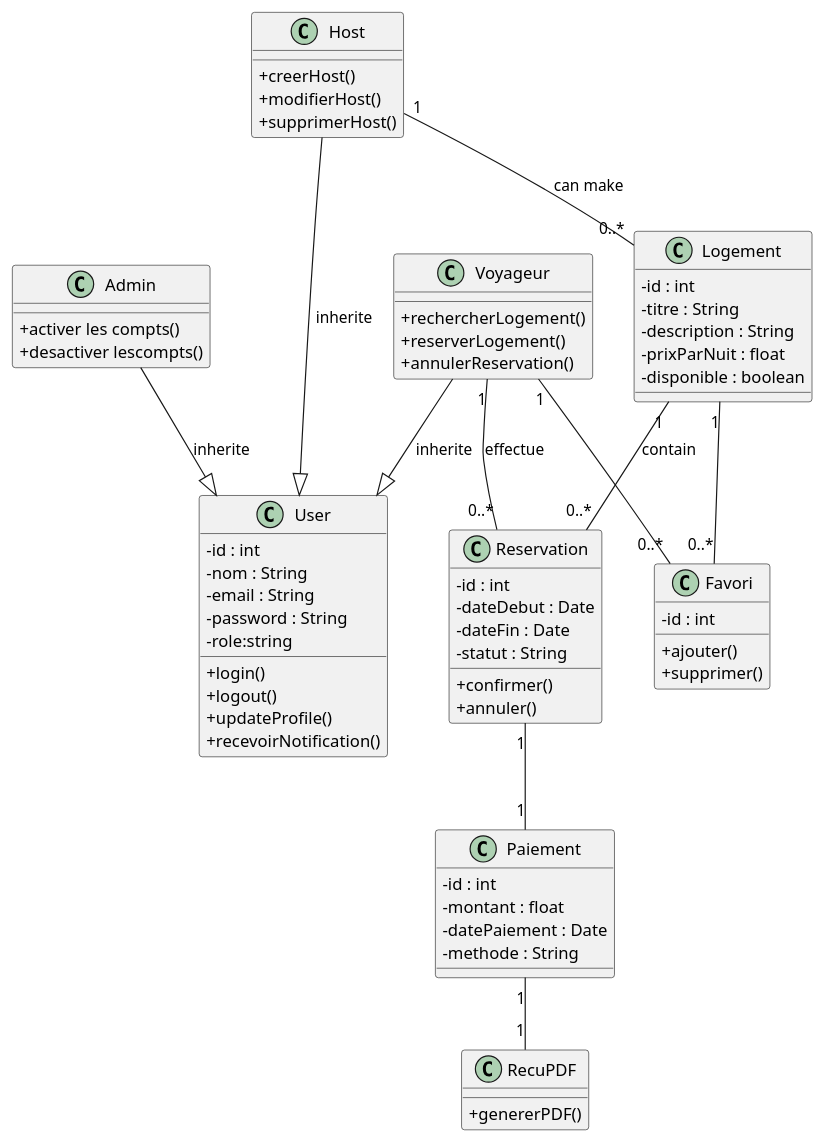
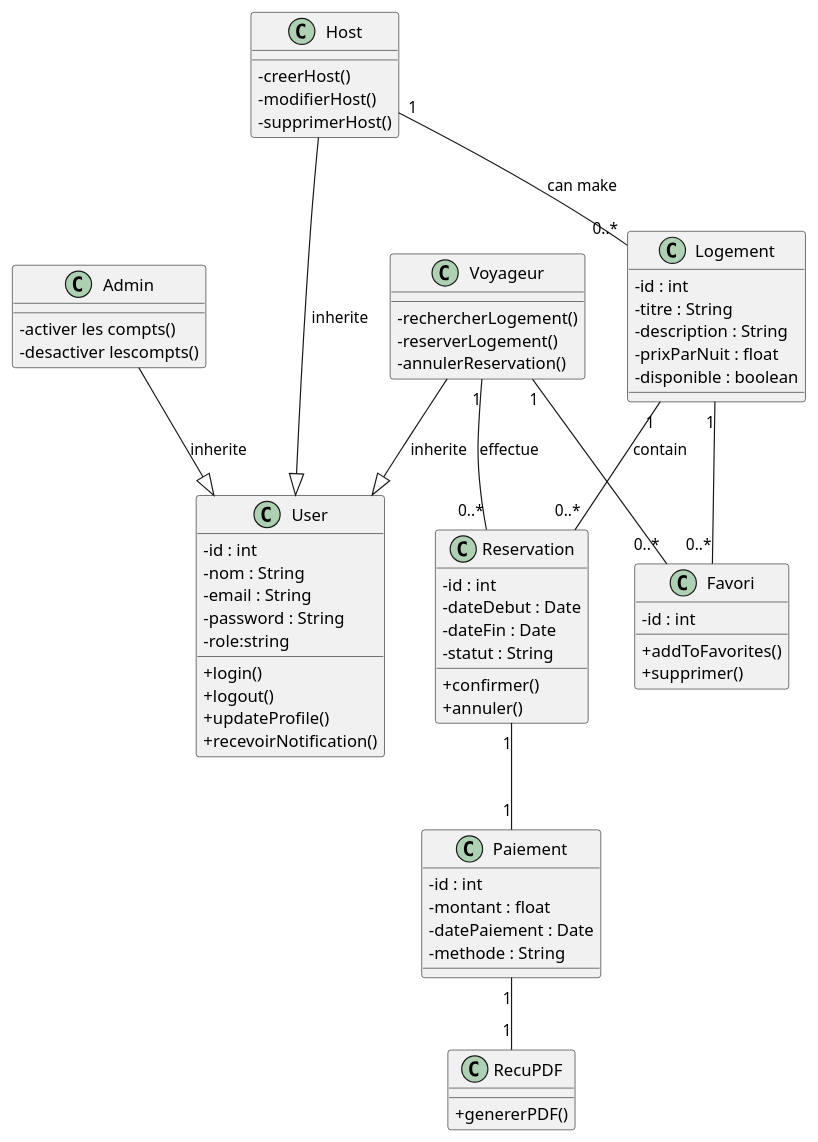
The diagram in diagrammes/diagramClass.puml (abderrahim-ghmouch/KARI), drawn with PlantUML before and after one commit. The commit also changed 4 other files, not shown here.

```diff
--- a/diagrammes/diagramClass.puml
+++ b/diagrammes/diagramClass.puml
@@ -1,91 +1,91 @@
 @startuml KARI_Class_Diagram
 skinparam classAttributeIconSize 0
 
 '
 class User {
   -id : int
   -nom : String
   -email : String
   -password : String
   -role:string
   +login()
   +logout()
   +updateProfile()
   +recevoirNotification()
 }
 
 class Voyageur {
-  +rechercherLogement()
-  +reserverLogement()
-  +annulerReservation()
+  -rechercherLogement()
+  -reserverLogement()
+  -annulerReservation()
 }
 
 
 class Host {
-    +creerHost()
-  +modifierHost()
-  +supprimerHost()
+  -creerHost()
+  -modifierHost()
+  -supprimerHost()
 }
 
 class Admin {
-+activer les compts()
-+desactiver lescompts()
+-activer les compts()
+-desactiver lescompts()
 
 }
 
 Voyageur --|> User :inherite
 Host --|> User :inherite
 Admin --|> User :inherite
 
 
 class Logement {
   -id : int
   -titre : String
   -description : String
   -prixParNuit : float
   -disponible : boolean
 }
 
 Host "1" -- "0..*" Logement : can make
 
 
 class Reservation {
   -id : int
   -dateDebut : Date
   -dateFin : Date
   -statut : String
   +confirmer()
   +annuler()
 }
 
 Voyageur "1" -- "0..*" Reservation : effectue 
 Logement "1" -- "0..*" Reservation : contain
 
 ' 
 class Favori {
   -id : int
-  +ajouter()
+  +addToFavorites()
   +supprimer()
 }
 
 Voyageur "1" -- "0..*" Favori
 Logement "1" -- "0..*" Favori
 
 ' 
 class Paiement {
   -id : int
   -montant : float
   -datePaiement : Date
   -methode : String
 }
 
 Reservation "1" -- "1" Paiement
 
 '
 class RecuPDF {
   +genererPDF()
 }
 
 Paiement "1" -- "1" RecuPDF
 
 @enduml
```
